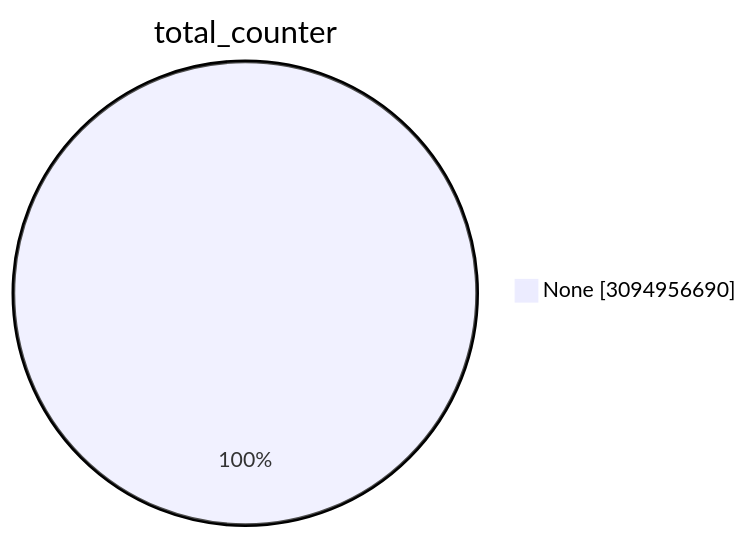
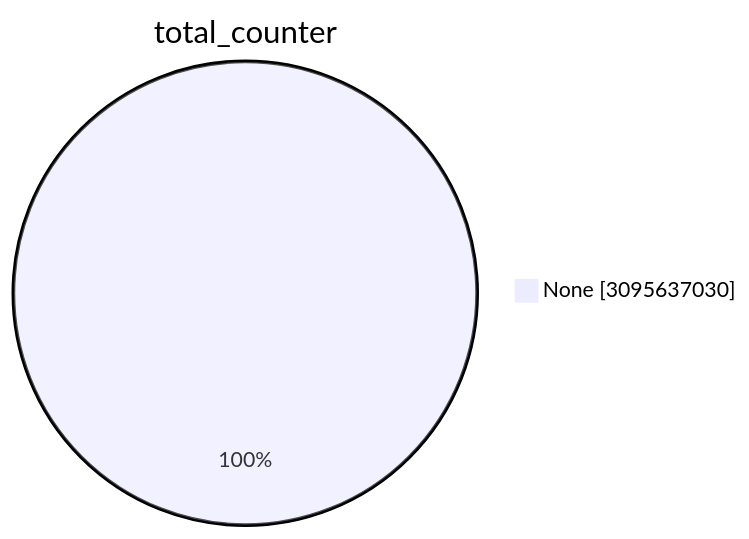
One commit to christiankrug/ctmonitor_visualization changed the first of 15 diagrams in TOTAL/README.md. Above: the diagram before and after it, drawn with Mermaid. The commit also changed other lines of this file, not shown here.

````diff
--- a/TOTAL/README.md
+++ b/TOTAL/README.md
@@ -1,5 +1,5 @@
 ```mermaid
 pie showData
 title total_counter
-"None" :3094956690
+"None" :3095637030
 ```
````
